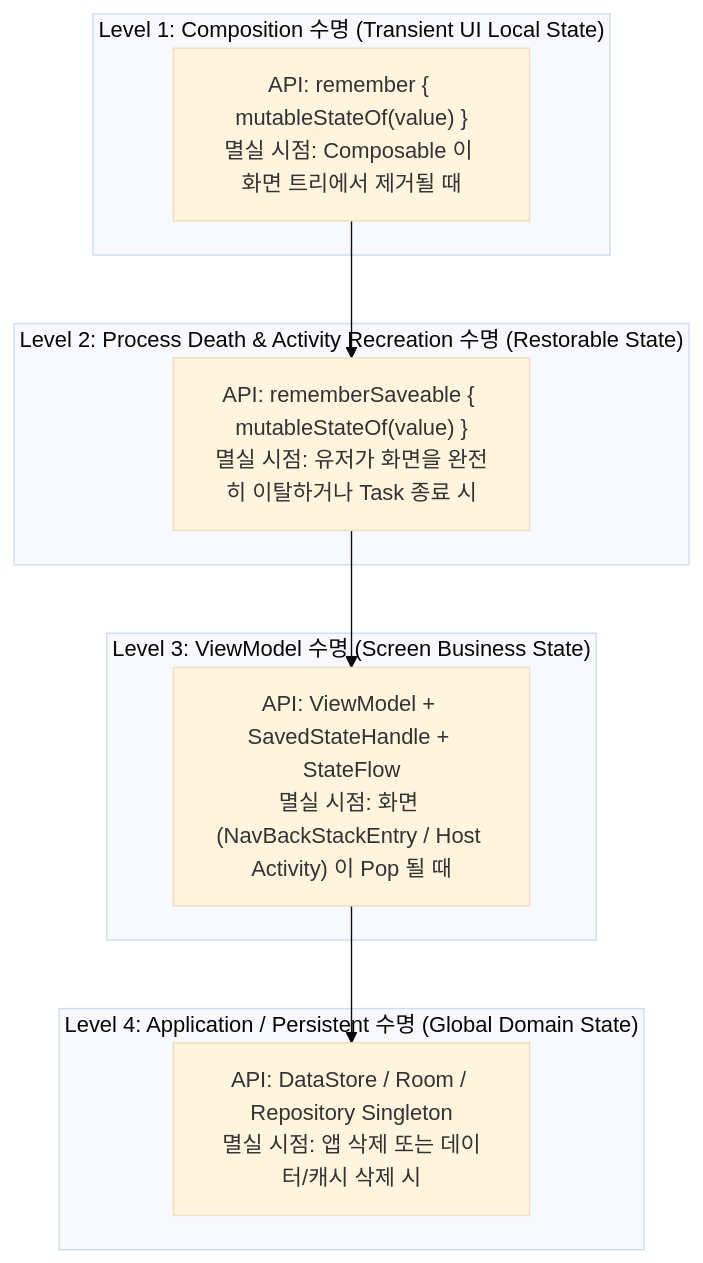
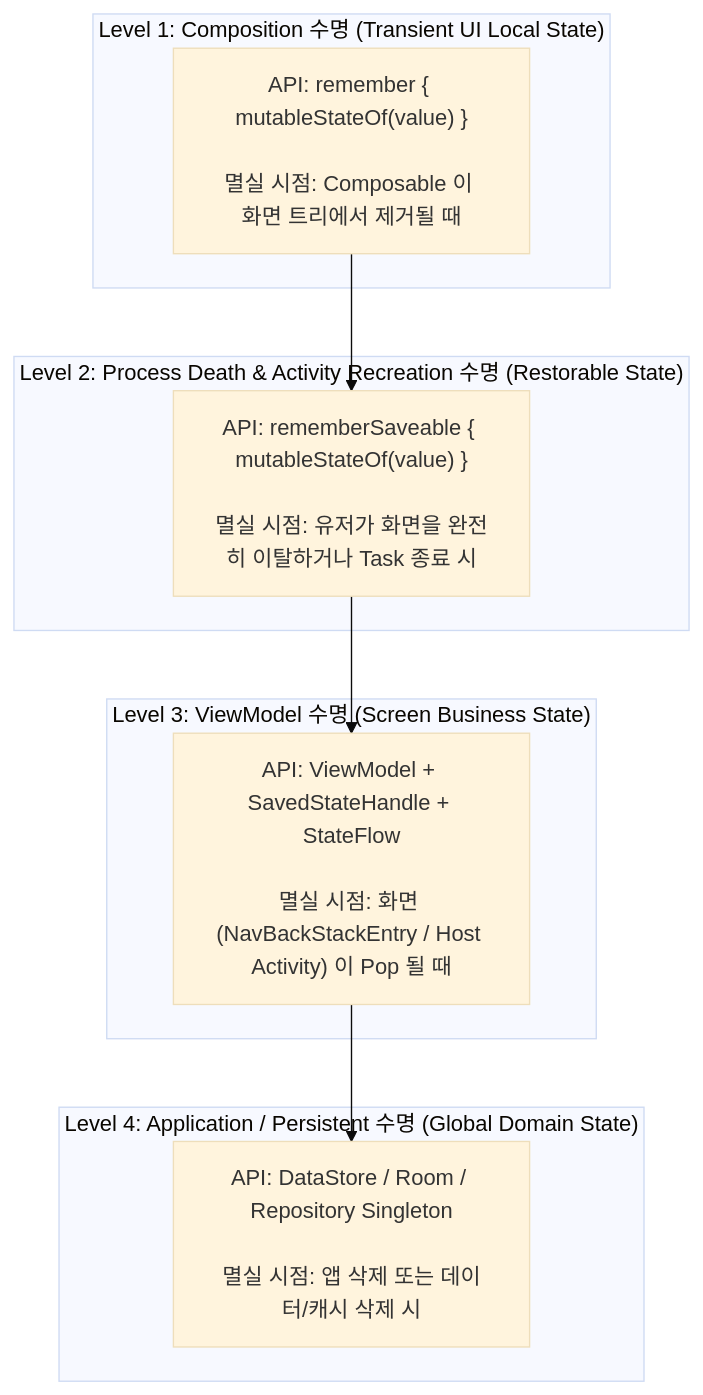
Before and after one commit to youngmin-gwon/what-i-studied: the diagram in 01_inbox/mobile/android/02_app_framework/jetpack-compose/state-and-lifecycle/compose-state-and-effect-contracts/compose-state-api-selection-by-lifetime.md, drawn with Mermaid (base theme). The commit also changed other lines of this file and 8 other files, not shown here.

````diff
--- a/01_inbox/mobile/android/02_app_framework/jetpack-compose/state-and-lifecycle/compose-state-and-effect-contracts/compose-state-api-selection-by-lifetime.md
+++ b/01_inbox/mobile/android/02_app_framework/jetpack-compose/state-and-lifecycle/compose-state-and-effect-contracts/compose-state-api-selection-by-lifetime.md
@@ -27,22 +30,22 @@
 ```mermaid
 graph TD
     subgraph L1["Level 1: Composition 수명 (Transient UI Local State)"]
-        A["API: remember { mutableStateOf(value) }<br/>멸실 시점: Composable 이 화면 트리에서 제거될 때"]
+        A["API: remember { mutableStateOf(value) }<br/><br/>멸실 시점: Composable 이 화면 트리에서 제거될 때"]
     end
 
     subgraph L2["Level 2: Process Death & Activity Recreation 수명 (Restorable State)"]
-        B["API: rememberSaveable { mutableStateOf(value) }<br/>멸실 시점: 유저가 화면을 완전히 이탈하거나 Task 종료 시"]
+        B["API: rememberSaveable { mutableStateOf(value) }<br/><br/>멸실 시점: 유저가 화면을 완전히 이탈하거나 Task 종료 시"]
     end
 
     subgraph L3["Level 3: ViewModel 수명 (Screen Business State)"]
-        C["API: ViewModel + SavedStateHandle + StateFlow<br/>멸실 시점: 화면 (NavBackStackEntry / Host Activity) 이 Pop 될 때"]
+        C["API: ViewModel + SavedStateHandle + StateFlow<br/><br/>멸실 시점: 화면 (NavBackStackEntry / Host Activity) 이 Pop 될 때"]
     end
 
     subgraph L4["Level 4: Application / Persistent 수명 (Global Domain State)"]
-        D["API: DataStore / Room / Repository Singleton<br/>멸실 시점: 앱 삭제 또는 데이터/캐시 삭제 시"]
+        D["API: DataStore / Room / Repository Singleton<br/><br/>멸실 시점: 앱 삭제 또는 데이터/캐시 삭제 시"]
     end
 
     A --> B
     B --> C
     C --> D
 ```
````
